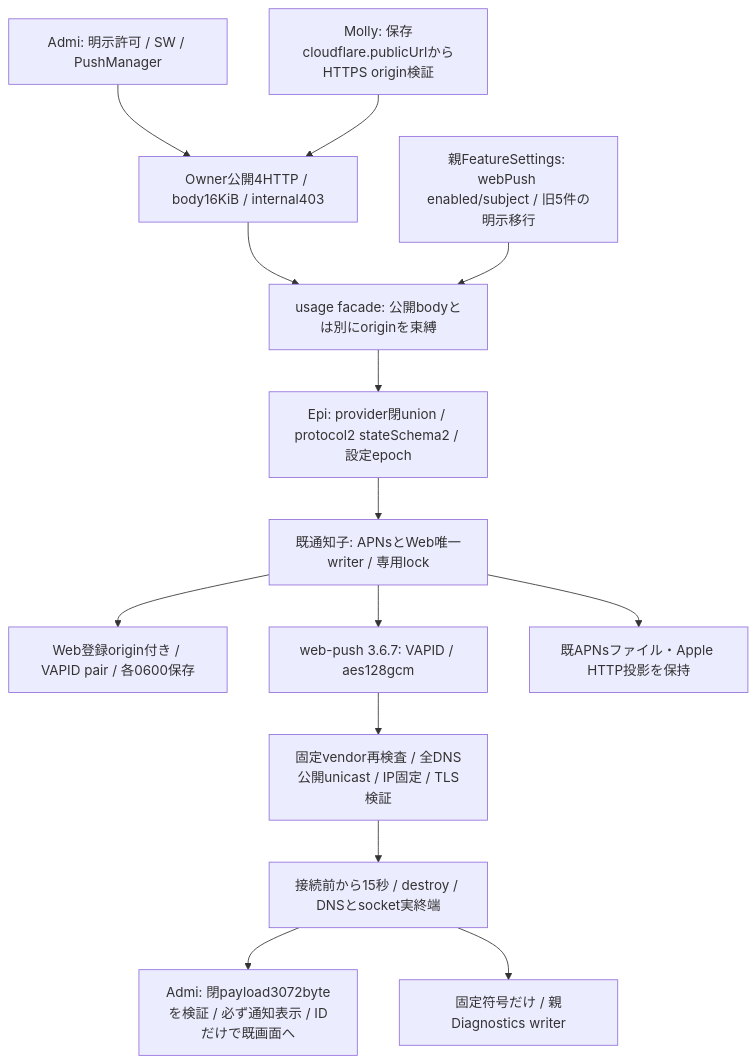
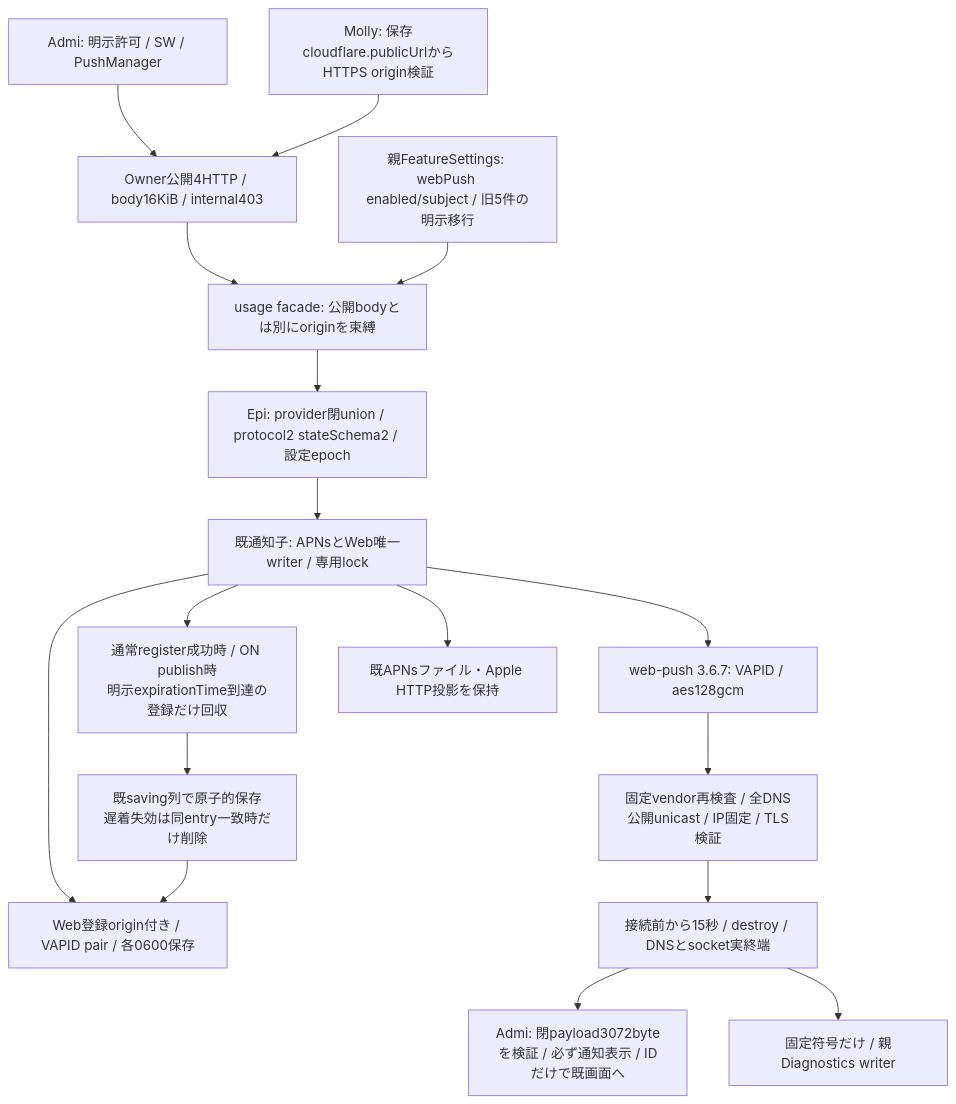
The diagram in docs/architecture/modules/usage/web-push.md (kitepon/BellTeam), drawn with Mermaid before and after one commit. The commit also changed other lines of this file and 4 other files, not shown here.

````diff
--- a/docs/architecture/modules/usage/web-push.md
+++ b/docs/architecture/modules/usage/web-push.md
@@ -5,16 +5,19 @@
 ```mermaid
 flowchart TD
   UI[Admi: 明示許可 / SW / PushManager] --> HTTP[Owner公開4HTTP / body16KiB / internal403]
   Origin[Molly: 保存cloudflare.publicUrlからHTTPS origin検証] --> HTTP
   HTTP --> Facade[usage facade: 公開bodyとは別にoriginを束縛]
   Settings[親FeatureSettings: webPush enabled/subject / 旧5件の明示移行] --> Facade
   Facade --> IPC[Epi: provider閉union / protocol2 stateSchema2 / 設定epoch]
   IPC --> Child[既通知子: APNsとWeb唯一writer / 専用lock]
   Child --> State[Web登録origin付き / VAPID pair / 各0600保存]
+  Child --> Expired["通常register成功時 / ON publish時<br/>明示expirationTime到達の登録だけ回収"]
+  Expired --> Persist["既saving列で原子的保存<br/>遅着失効は同entry一致時だけ削除"]
+  Persist --> State
   Child --> Crypto[web-push 3.6.7: VAPID / aes128gcm]
   Crypto --> HTTPS[固定vendor再検査 / 全DNS公開unicast / IP固定 / TLS検証]
   HTTPS --> End[接続前から15秒 / destroy / DNSとsocket実終端]
   End --> SW[Admi: 閉payload3072byteを検証 / 必ず通知表示 / IDだけで既画面へ]
   Child --> APNs[既APNsファイル・Apple HTTP投影を保持]
   End --> Diag[固定符号だけ / 親Diagnostics writer]
 ```
````
